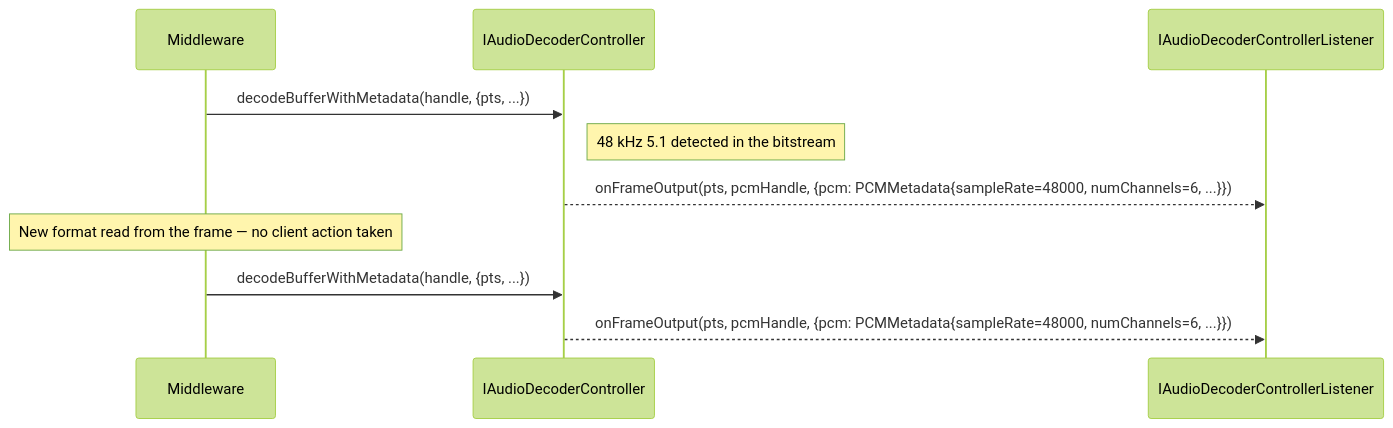
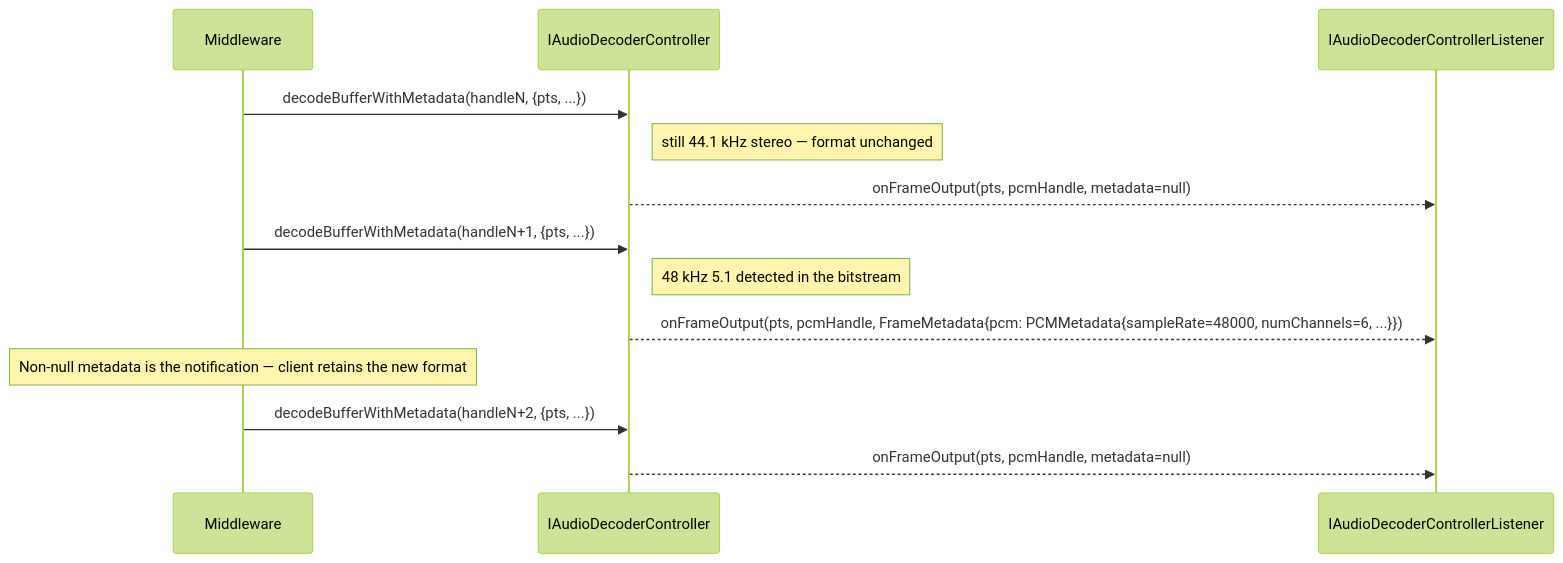
One commit to rdkcentral/rdk-halif-aidl changed the third of 4 diagrams in audiodecoder/current/docs/audio_decoder.md. Above: the diagram before and after it, drawn with Mermaid (forest theme). The commit also changed other lines of this file and 1 other file, not shown here.

Commit message:
docs(audiodecoder): reconcile mid-stream format changes with the nullable-metadata rule
Frame metadata is only emitted on change (audio_decoder.md, Frame Metadata),
and onFrameOutput() takes @nullable FrameMetadata. The previous wording said
every frame after a format change carries the new values, which contradicted
that contract and would have had clients expect metadata on frames that
legitimately carry null.

Corrected: a format change is precisely when FrameMetadata is delivered. The
first frame under the new format carries non-null metadata; later frames carry
null and the client retains the last values it was given. The sequence diagram
now shows both the null and non-null cases.

Raised by Copilot review.

````diff
--- a/audiodecoder/current/docs/audio_decoder.md
+++ b/audiodecoder/current/docs/audio_decoder.md
@@ -326,12 +326,15 @@
 ```mermaid
 sequenceDiagram
     participant MW as Middleware
     participant Dec as IAudioDecoderController
     participant Listener as IAudioDecoderControllerListener
-    MW->>Dec: decodeBufferWithMetadata(handle, {pts, ...})
+    MW->>Dec: decodeBufferWithMetadata(handleN, {pts, ...})
+    Note right of Dec: still 44.1 kHz stereo — format unchanged
+    Dec-->>Listener: onFrameOutput(pts, pcmHandle, metadata=null)
+    MW->>Dec: decodeBufferWithMetadata(handleN+1, {pts, ...})
     Note right of Dec: 48 kHz 5.1 detected in the bitstream
-    Dec-->>Listener: onFrameOutput(pts, pcmHandle, {pcm: PCMMetadata{sampleRate=48000, numChannels=6, ...}})
-    Note over MW: New format read from the frame — no client action taken
-    MW->>Dec: decodeBufferWithMetadata(handle, {pts, ...})
-    Dec-->>Listener: onFrameOutput(pts, pcmHandle, {pcm: PCMMetadata{sampleRate=48000, numChannels=6, ...}})
+    Dec-->>Listener: onFrameOutput(pts, pcmHandle, FrameMetadata{pcm: PCMMetadata{sampleRate=48000, numChannels=6, ...}})
+    Note over MW: Non-null metadata is the notification — client retains the new format
+    MW->>Dec: decodeBufferWithMetadata(handleN+2, {pts, ...})
+    Dec-->>Listener: onFrameOutput(pts, pcmHandle, metadata=null)
 ```
````
